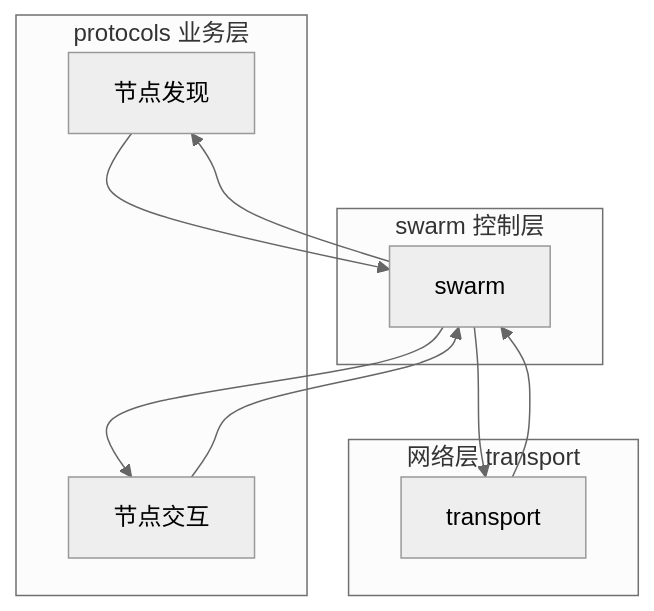
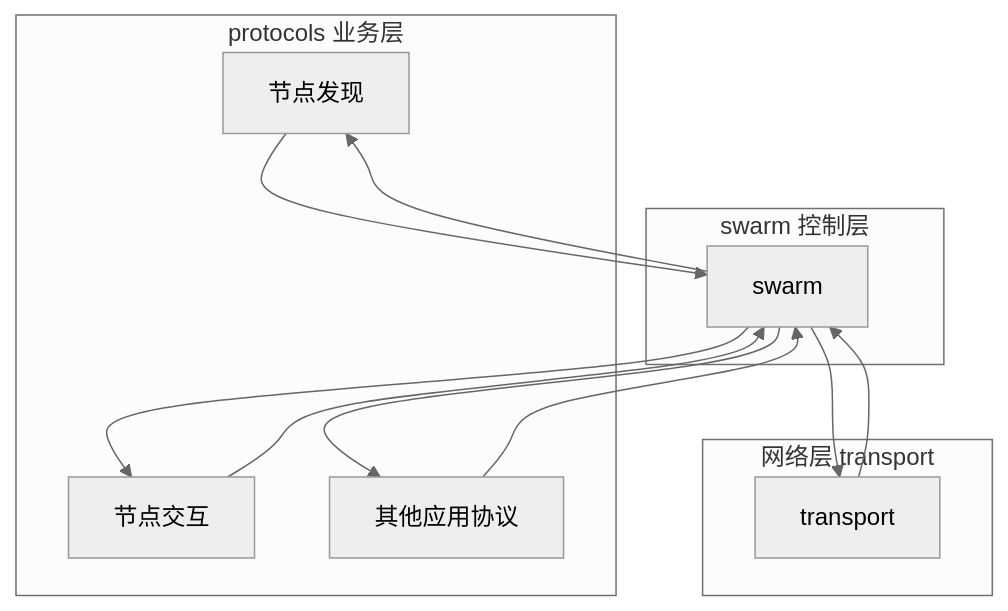
One commit to ponymano1/libp2pNote changed the first of 3 diagrams in README.MD. Above: the diagram before and after it, drawn with Mermaid (neutral theme). The commit also changed other lines of this file, not shown here.

````diff
--- a/README.MD
+++ b/README.MD
@@ -3,19 +3,22 @@
 ```mermaid
 graph TB
     subgraph protocols 业务层
         nodeDiscovery[节点发现]
         nodeInteraction[节点交互]
+        other[其他应用协议]
     end
     subgraph swarm 控制层
         swarm[swarm]
     end
     subgraph 网络层 transport
         transport[transport]
     end
     transport-->swarm
     swarm-->transport
     swarm-->nodeDiscovery
+    swarm-->other
+    other-->swarm
     nodeDiscovery-->swarm
     swarm-->nodeInteraction
     nodeInteraction-->swarm
 ```
````
